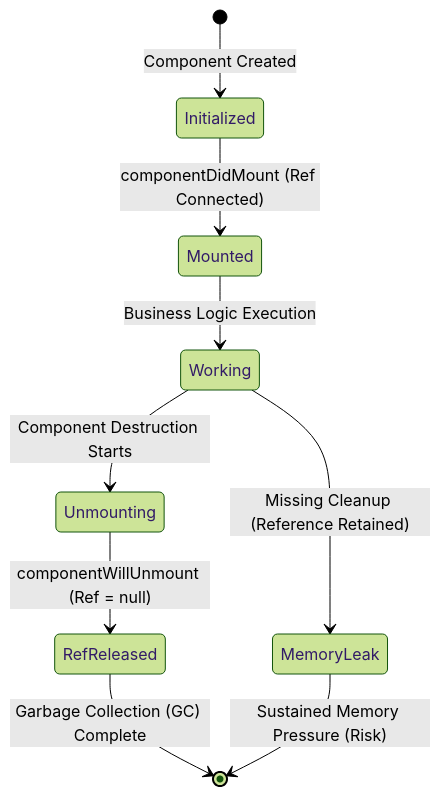
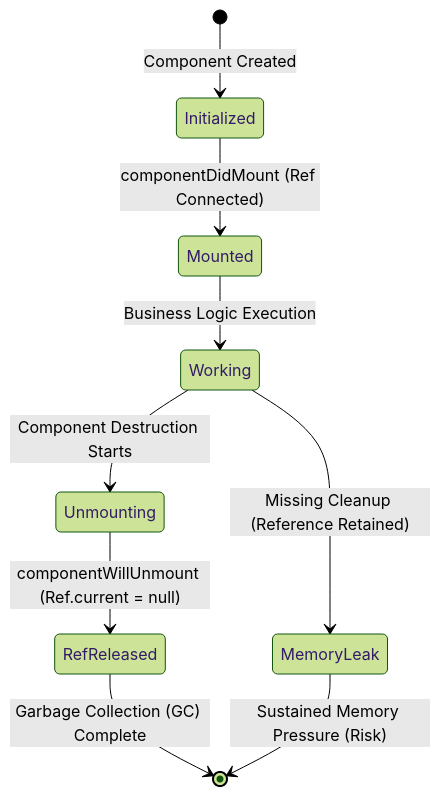
One commit to dracial6/fontos-frontend-guide-asset changed the fourth of 4 diagrams in README.md. Above: the diagram before and after it, drawn with Mermaid (forest theme). The commit also changed other lines of this file, not shown here.

````diff
--- a/README.md
+++ b/README.md
@@ -6652,12 +6660,12 @@
 ```mermaid
 stateDiagram-v2
     [*] --> Initialized: Component Created
     Initialized --> Mounted: componentDidMount (Ref Connected)
     Mounted --> Working: Business Logic Execution
     Working --> Unmounting: Component Destruction Starts
-    Unmounting --> RefReleased: componentWillUnmount (Ref = null)
+    Unmounting --> RefReleased: componentWillUnmount (Ref.current = null)
     RefReleased --> [*]: Garbage Collection (GC) Complete
     
     Working --> MemoryLeak: Missing Cleanup (Reference Retained)
     MemoryLeak --> [*]: Sustained Memory Pressure (Risk)
 ```
````
